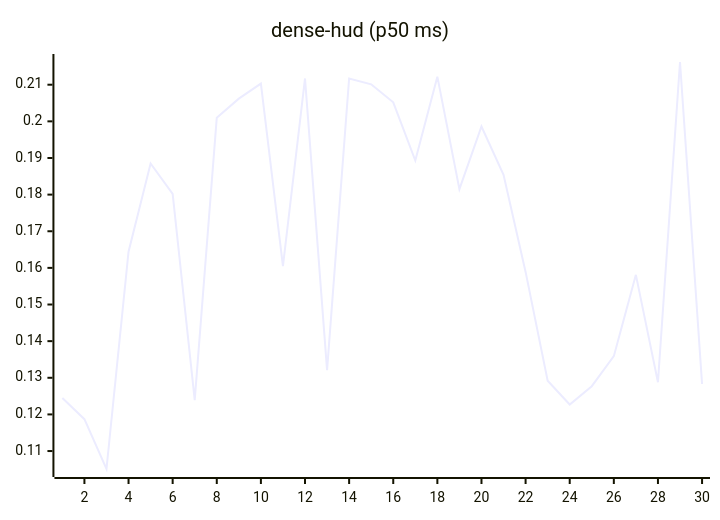
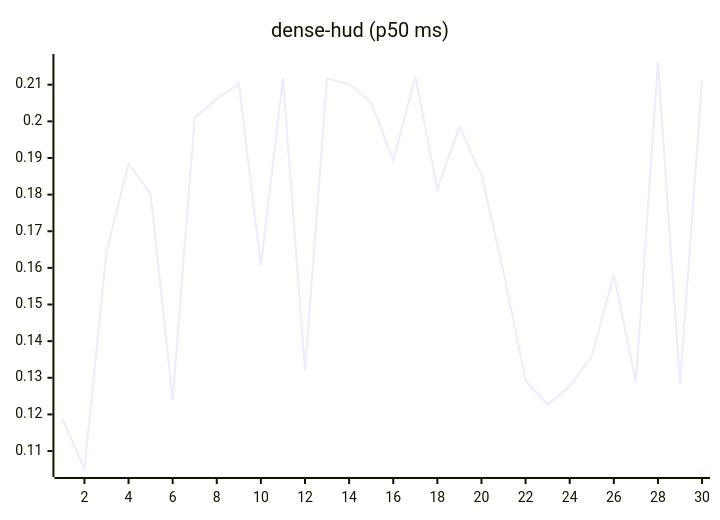
The eighth of 27 diagrams in README.md (josha/Facet), drawn with Mermaid before and after one commit. The commit also changed other lines of this file and 2 other files, not shown here.

````diff
--- a/README.md
+++ b/README.md
@@ -112,6 +112,6 @@
 ```mermaid
 xychart-beta
     title "dense-hud (p50 ms)"
     x-axis 1 --> 30
-    line [0.1245, 0.1187, 0.1051, 0.1644, 0.1885, 0.1802, 0.1239, 0.2010, 0.2062, 0.2103, 0.1605, 0.2117, 0.1321, 0.2117, 0.2101, 0.2052, 0.1893, 0.2122, 0.1815, 0.1986, 0.1854, 0.1589, 0.1292, 0.1227, 0.1277, 0.1359, 0.1581, 0.1288, 0.2162, 0.1283]
+    line [0.1187, 0.1051, 0.1644, 0.1885, 0.1802, 0.1239, 0.2010, 0.2062, 0.2103, 0.1605, 0.2117, 0.1321, 0.2117, 0.2101, 0.2052, 0.1893, 0.2122, 0.1815, 0.1986, 0.1854, 0.1589, 0.1292, 0.1227, 0.1277, 0.1359, 0.1581, 0.1288, 0.2162, 0.1283, 0.2112]
 ```
````
